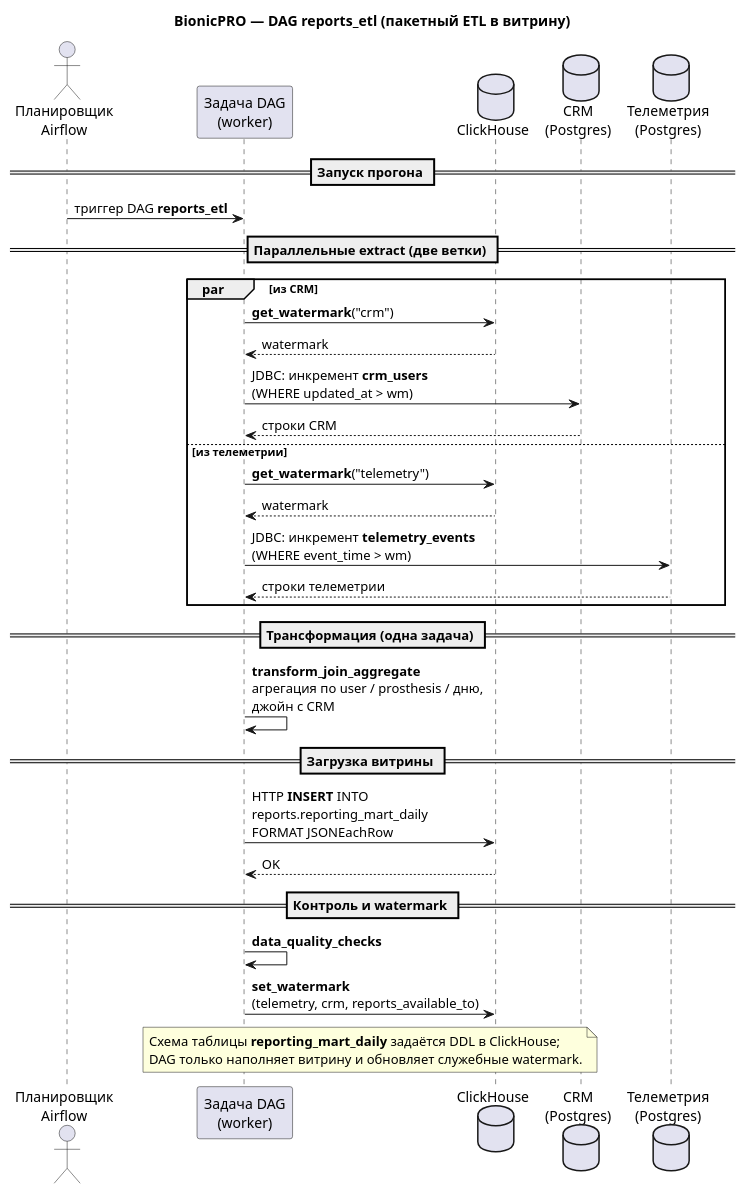
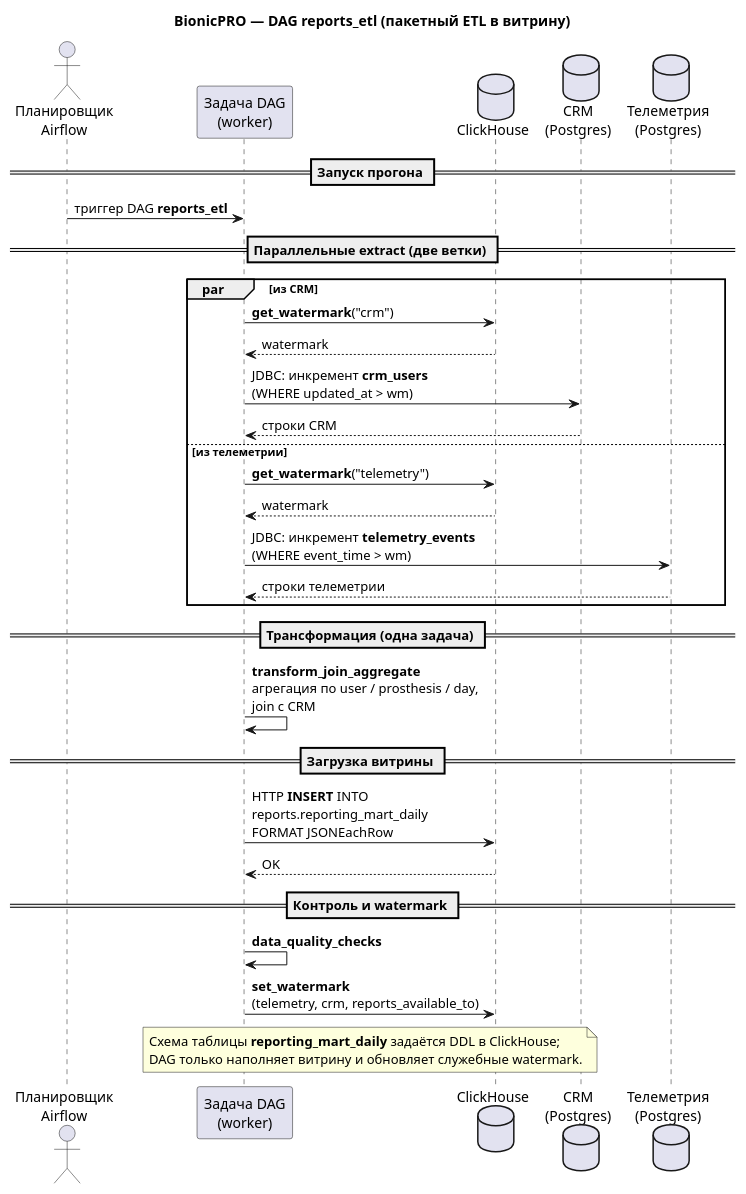
One commit to aymanstepanova/architecture-bionicpro changed the diagram in docs/reports-etl-sequence.puml. Above: the diagram before and after it, drawn with PlantUML.

Commit message:
Задача 3. описание процесса формирования отчетов

```diff
--- a/docs/reports-etl-sequence.puml
+++ b/docs/reports-etl-sequence.puml
@@ -1,45 +1,45 @@
 @startuml reports-etl-sequence
 title BionicPRO — DAG **reports_etl** (пакетный ETL в витрину)
 
 skinparam sequenceMessageAlign left
 skinparam responseMessageBelowArrow true
 
 actor "Планировщик\nAirflow" as Sched
 participant "Задача DAG\n(worker)" as W
 database "ClickHouse" as CH
 database "CRM\n(Postgres)" as CRM
 database "Телеметрия\n(Postgres)" as Tel
 
 == Запуск прогона ==
 Sched -> W : триггер DAG **reports_etl**
 
 == Параллельные extract (две ветки) ==
 par из CRM
   W -> CH : **get_watermark**("crm")
   CH --> W : watermark
   W -> CRM : JDBC: инкремент **crm_users**\n(WHERE updated_at > wm)
   CRM --> W : строки CRM
 else из телеметрии
   W -> CH : **get_watermark**("telemetry")
   CH --> W : watermark
   W -> Tel : JDBC: инкремент **telemetry_events**\n(WHERE event_time > wm)
   Tel --> W : строки телеметрии
 end
 
 == Трансформация (одна задача) ==
-W -> W : **transform_join_aggregate**\nагрегация по user / prosthesis / дню,\nджойн с CRM
+W -> W : **transform_join_aggregate**\nагрегация по user / prosthesis / day,\njoin с CRM
 
 == Загрузка витрины ==
 W -> CH : HTTP **INSERT** INTO\nreports.reporting_mart_daily\nFORMAT JSONEachRow
 CH --> W : OK
 
 == Контроль и watermark ==
 W -> W : **data_quality_checks**
 W -> CH : **set_watermark**\n(telemetry, crm, reports_available_to)
 
 note over W, CH
   Схема таблицы **reporting_mart_daily** задаётся DDL в ClickHouse;
   DAG только наполняет витрину и обновляет служебные watermark.
 end note
 
 @enduml
```
